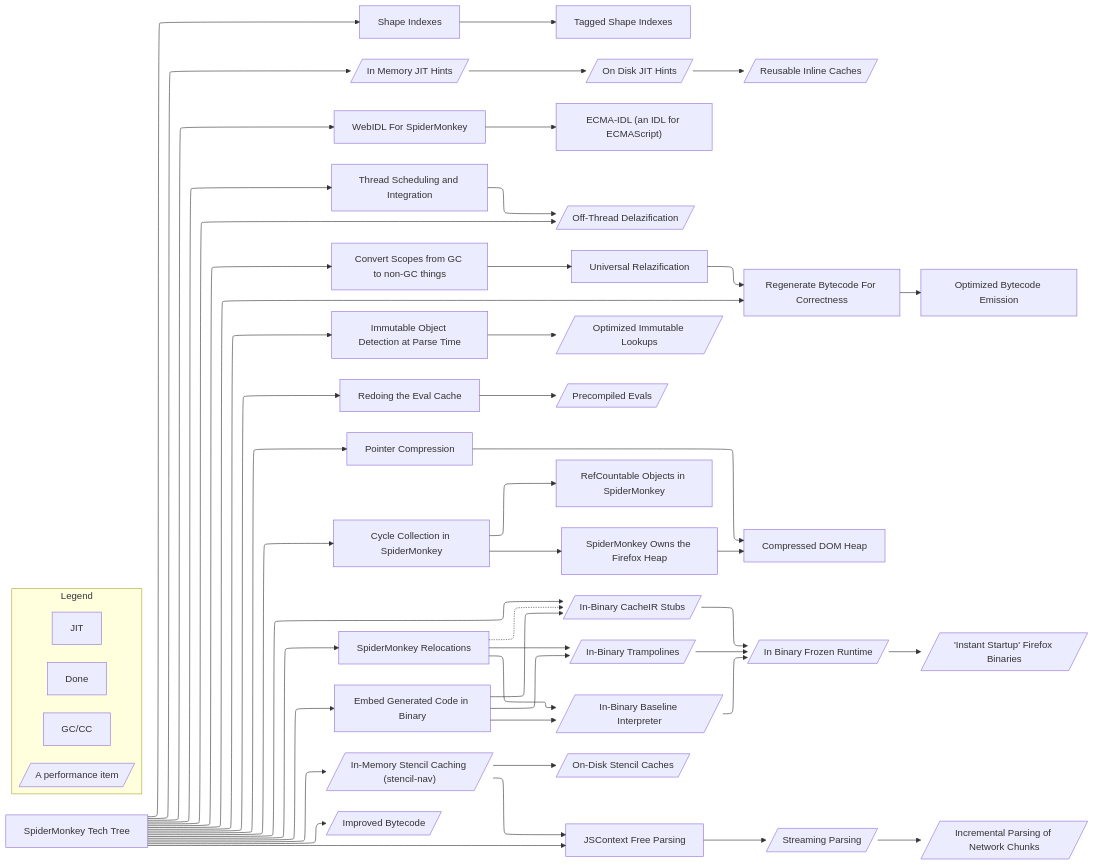
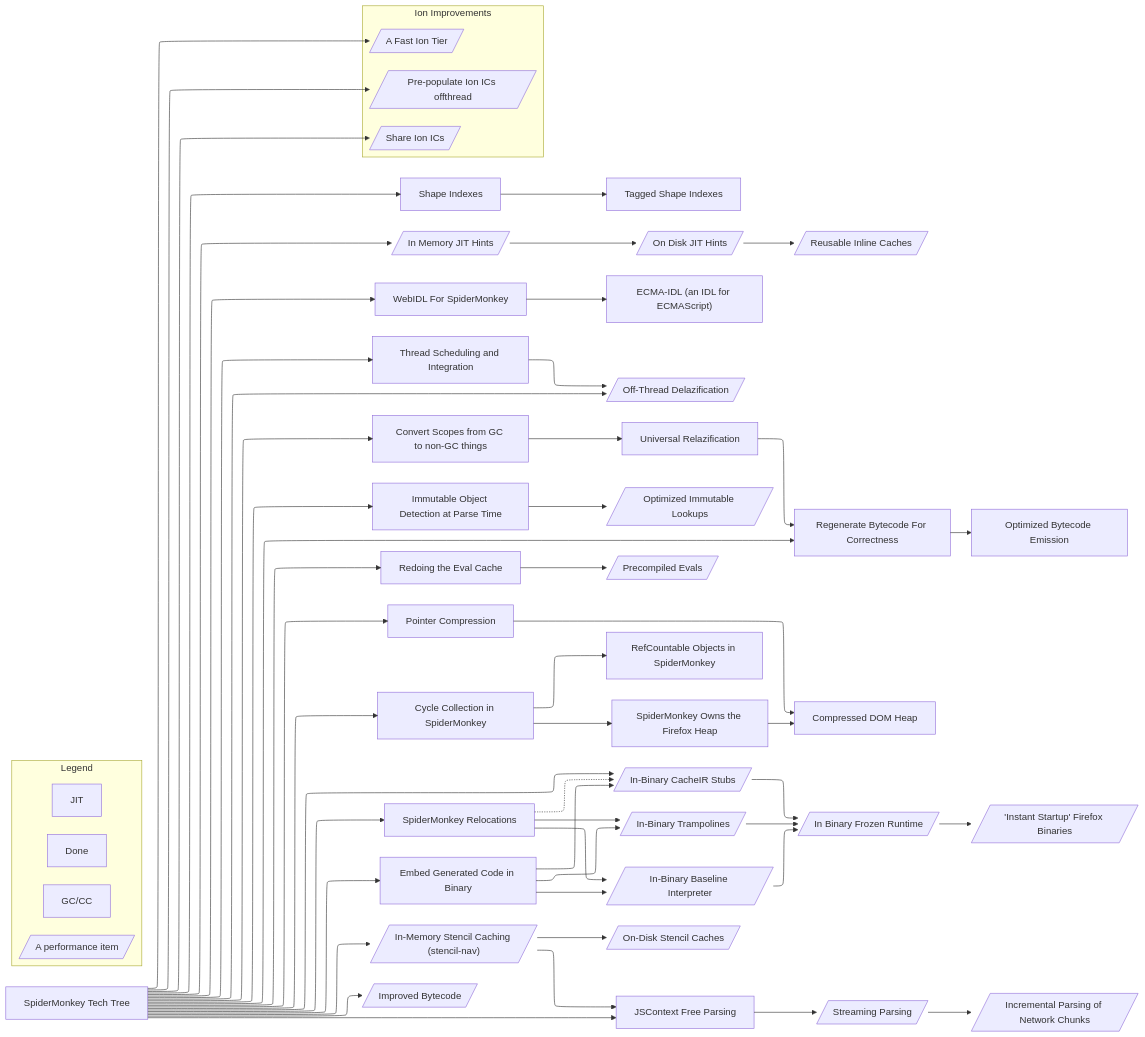
The diagram in tech_tree/diagram.mmd (mozilla-spidermonkey/spidermonkey.dev), drawn with Mermaid before and after one commit. The commit also changed 2 other files, not shown here.

Commit message:
Add An Ion subgraph to the tech-tree

```diff
--- a/tech_tree/diagram.mmd
+++ b/tech_tree/diagram.mmd
@@ -1,92 +1,108 @@
 %%{init: {"flowchart": {"defaultRenderer": "elk"}} }%%
 %% Use the elk renderer: Much better for this diagram.
 %% -- However, using elk as our renderer does have downsides. Elk doesn't
 %%    support dotted lines.
 flowchart LR
 
     subgraph Legend
         Done
         GC["GC/CC"]
         JIT
 
         class Done done
         class GC GC
         class JIT JIT
 
         perf[/"A performance item"/]
     end
 
     root[SpiderMonkey Tech Tree] --> shapeIndexes[Shape Indexes]
     shapeIndexes --> taggedShapeIndexes[Tagged Shape Indexes]
     root --> inMemoryJITHints[/"In Memory JIT Hints"/] --> onDiskJITHints[/"On  Disk JIT Hints"/] --> ric[/"Reusable Inline Caches"/]
 
     %% Mark In Memory JIT hints as done -- CSS class is in index.html
     class inMemoryJITHints done;
     class onDiskJITHints JIT;
     class ric JIT;
 
     root --> webIDL["WebIDL For SpiderMonkey"] --> ecmaIDL["ECMA-IDL (an IDL for ECMAScript)"]
     root --> scheduling["Thread Scheduling and Integration"] --> offThreadDelazification[/"Off-Thread Delazification"/]
     root --> offThreadDelazification
     root --> nonGCScopes["Convert Scopes from GC to non-GC things"] --> universalRelazification["Universal Relazification"]
     universalRelazification --> tossBytecode["Regenerate Bytecode For Correctness"]
     root --> tossBytecode --> optimizedBytecode["Optimized Bytecode Emission"]
     root --> immutableFlag["Immutable Object Detection at Parse Time"] --> optimizedImmutableLookups[/"Optimized Immutable Lookups"/]
     root --> evalCache["Redoing the Eval Cache"] --> precompiledEval[/"Precompiled Evals"/]
     root --> pointerCompression["Pointer Compression"] --> compressedDOM["Compressed DOM Heap"]
     class pointerCompression GC
     class compressedDOM GC
 
     root --> cc["Cycle Collection in SpiderMonkey"] --> refCount["RefCountable Objects in SpiderMonkey"]
     class cc GC
     class refCount GC
 
     cc --> smHeap["SpiderMonkey Owns the Firefox Heap"] --> compressedDOM
     class smHeap GC
 
     root --> inBinaryStubs[/"In-Binary CacheIR Stubs"/]
     root --> smRelocations["SpiderMonkey Relocations"]
     frozenRuntime[/"In Binary Frozen Runtime"/]
     frozenRuntime --> bakedFirefox[/"'Instant Startup' Firefox Binaries"/]
 
     smRelocations -.-> inBinaryStubs --> frozenRuntime
     smRelocations --> inBinaryTrampolines[/"In-Binary Trampolines"/] --> frozenRuntime
     smRelocations --> inBinaryBaseline[/"In-Binary Baseline Interpreter"/] --> frozenRuntime
 
     root --> inBinaryCode["Embed Generated Code in Binary"] --> inBinaryStubs & inBinaryTrampolines & inBinaryBaseline
 
     root --> stencilNav[/"In-Memory Stencil Caching (stencil-nav)"/]
     stencilNav --> onDiskStencil[/"On-Disk Stencil Caches"/]
     root --> contextFreeParsing["JSContext Free Parsing"]
     stencilNav --> contextFreeParsing
     contextFreeParsing --> streamingParsing[/"Streaming Parsing"/]
     streamingParsing --> networkParsing[/"Incremental Parsing of Network Chunks"/]
 
     root --> improvedBytecode[/"Improved Bytecode"/]
+
+
+    root --> shareIonICs[/"Share Ion ICs"/]
+    root --> prepopulateIonIcs[/"Pre-populate Ion ICs offthread"/]
+    root --> fastIonTier[/"A Fast Ion Tier"/]
+
+    subgraph "Ion Improvements"
+        shareIonICs
+        prepopulateIonIcs
+        fastIonTier
+    end
+
     %% Click Handlers
     %% Example of a programatic click handler for giggles. Notice that the callback
     %% is accessed relative to `window`.
     %% click webIDL callbacks.exampleCallback
 
     %% As an example of how we could group projects together.
     %% Commented out for now.
     %% subgraph "Gecko Managed Runtime"
     %%     cc
     %%     smHeap
     %%     webIDL
     %%     ecmaIDL
     %% end
 
     %% Detail links
     click shapeIndexes href "#shapeIndexes"
     click taggedShapeIndexes href "#taggedShapeIndexes"
     click universalRelazification href "#universalRelazification"
     click tossBytecode href "#tossBytecode"
     click immutableFlag href "#immutableFlag"
 
     click ric href "#ric"
     click smRelocations href "#smRelocations"
     click inMemoryJITHints href "https://bugzilla.mozilla.org/show_bug.cgi?id=1824772"
     click improvedBytecode "#improvedBytecode"
     click streamingParsing "#streamingParsing"
     click inBinaryCode "#inBinaryCode"
+
+    click shareIonICs "#shareIonICs"
+    click prepopulateIonIcs "#prepopulateIonIcs"
+    click fastIonTier "#fastIonTier"
```
